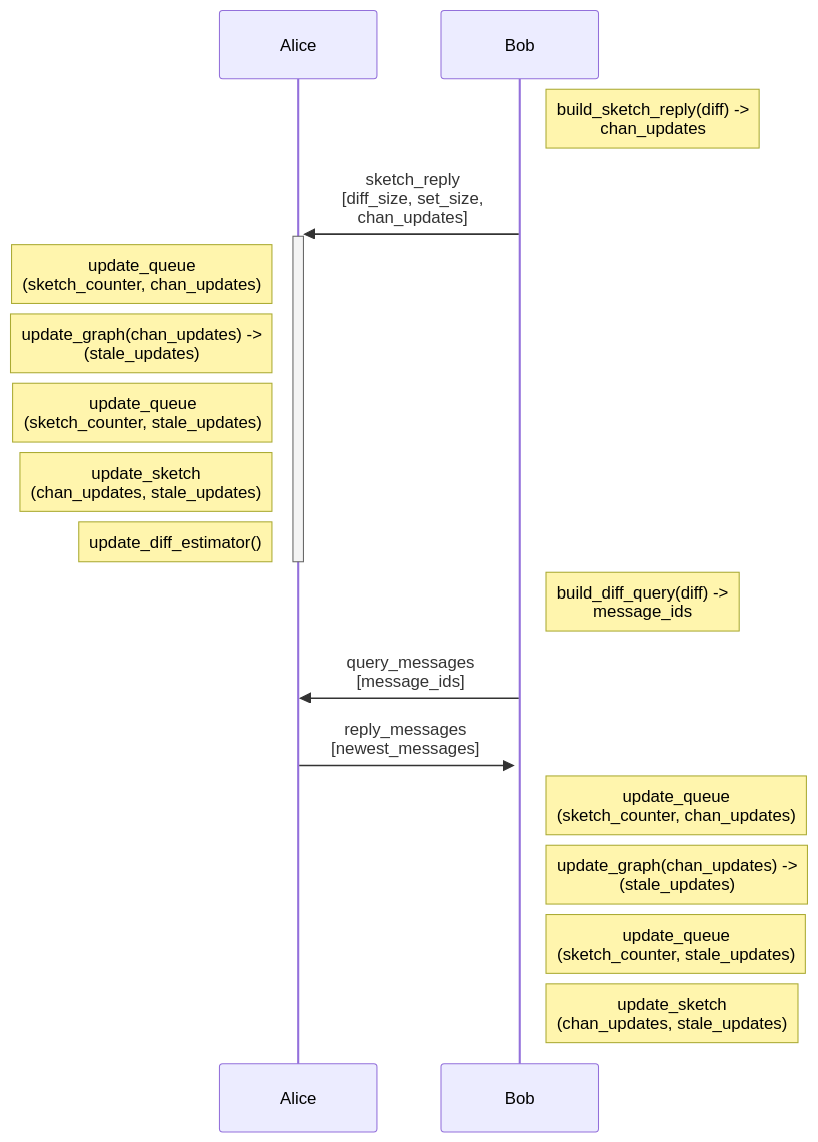
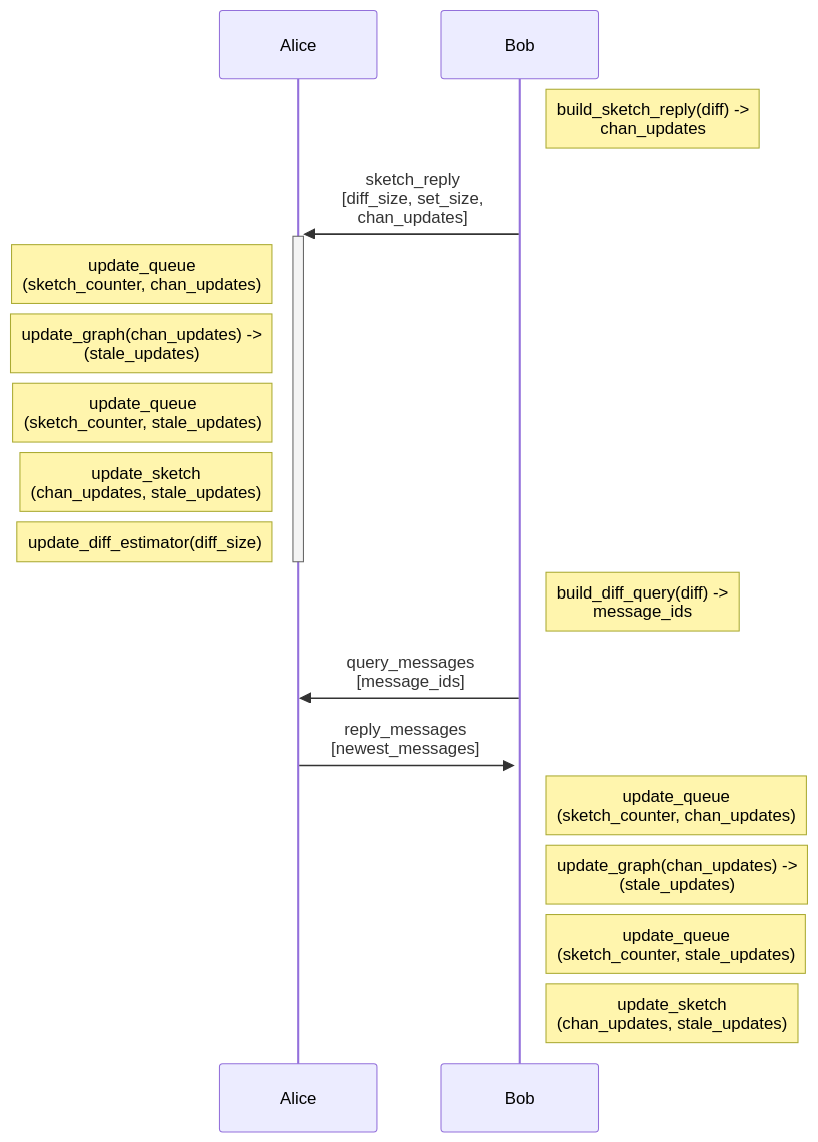
One commit to jharveyb/bolts changed the second of 3 diagrams in bolt-gossip-minisketch.md. Above: the diagram before and after it, drawn with Mermaid. The commit also changed other lines of this file, not shown here.

````diff
--- a/bolt-gossip-minisketch.md
+++ b/bolt-gossip-minisketch.md
@@ -160,21 +142,21 @@
 ```mermaid
 sequenceDiagram
     participant A as Alice
     participant B as Bob
     Note right of B: build_sketch_reply(diff) -><br/>chan_updates
     B->>+A: sketch_reply<br/>[diff_size, set_size,<br/> chan_updates]
     Note left of A: update_queue<br/>(sketch_counter, chan_updates)
     Note left of A: update_graph(chan_updates) -><br/>(stale_updates)
     Note left of A: update_queue<br/>(sketch_counter, stale_updates)
     Note left of A: update_sketch<br/>(chan_updates, stale_updates)
-    Note left of A: update_diff_estimator()
+    Note left of A: update_diff_estimator(diff_size)
     deactivate A
 
     Note right of B: build_diff_query(diff) -><br/>message_ids
     B->>A: query_messages<br/>[message_ids]
     A->>+B: reply_messages<br/>[newest_messages]
     Note right of B: update_queue<br/>(sketch_counter, chan_updates)
     Note right of B: update_graph(chan_updates) -><br/>(stale_updates)
     Note right of B: update_queue<br/>(sketch_counter, stale_updates)
     Note right of B: update_sketch<br/>(chan_updates, stale_updates)
 ```
````
